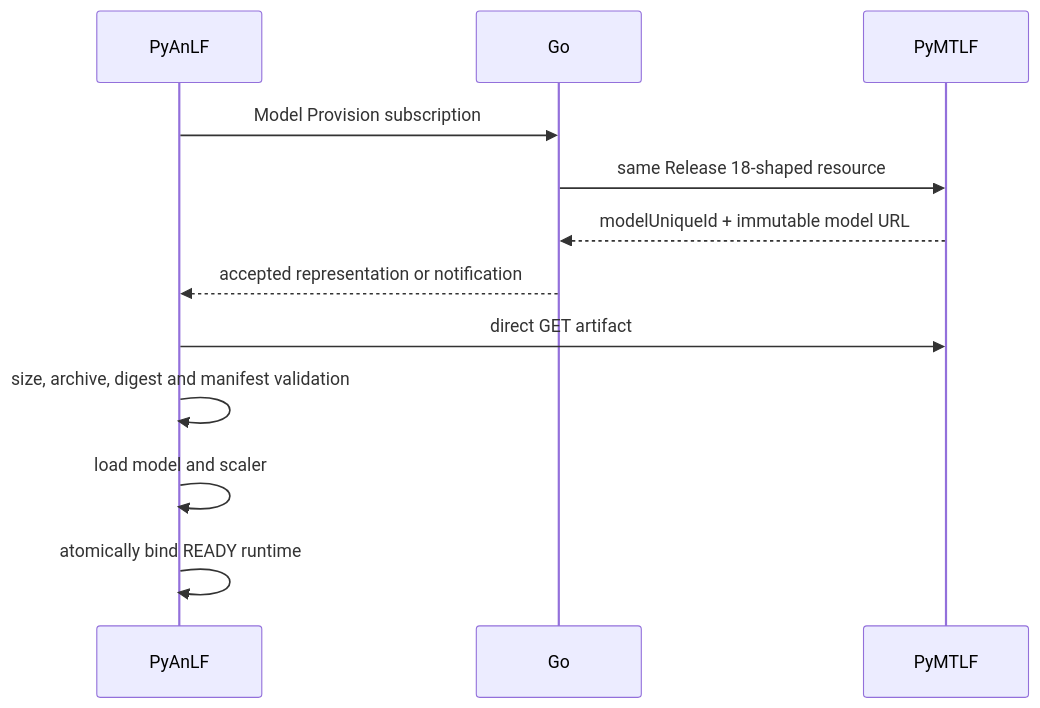
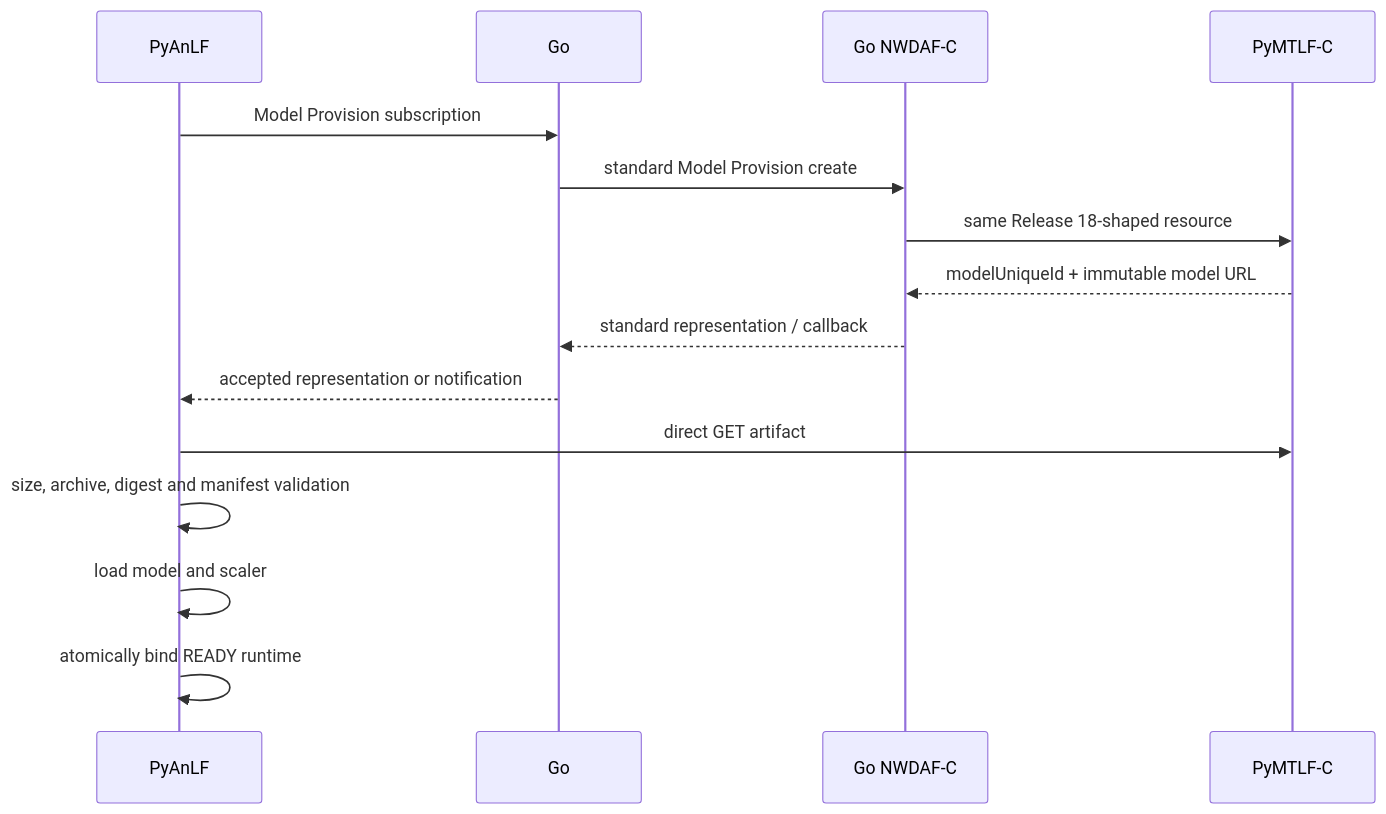
Before and after one commit to ChingJe/nwdaf-docs: the fourth of 6 diagrams in docs/design/Current AnLF MTLF Feature Architecture.md, drawn with Mermaid. The commit also changed other lines of this file and 3 other files, not shown here.

First line of the commit message:
docs(fl): record cross-NWDAF model monitoring

````diff
--- a/docs/design/Current AnLF MTLF Feature Architecture.md
+++ b/docs/design/Current AnLF MTLF Feature Architecture.md
@@ -972,15 +977,18 @@
 ```mermaid
 sequenceDiagram
     participant A as PyAnLF
     participant G as Go
-    participant M as PyMTLF
+    participant GC as Go NWDAF-C
+    participant M as PyMTLF-C
 
     A->>G: Model Provision subscription
-    G->>M: same Release 18-shaped resource
-    M-->>G: modelUniqueId + immutable model URL
+    G->>GC: standard Model Provision create
+    GC->>M: same Release 18-shaped resource
+    M-->>GC: modelUniqueId + immutable model URL
+    GC-->>G: standard representation / callback
     G-->>A: accepted representation or notification
     A->>M: direct GET artifact
     A->>A: size, archive, digest and manifest validation
     A->>A: load model and scaler
     A->>A: atomically bind READY runtime
 ```
````
